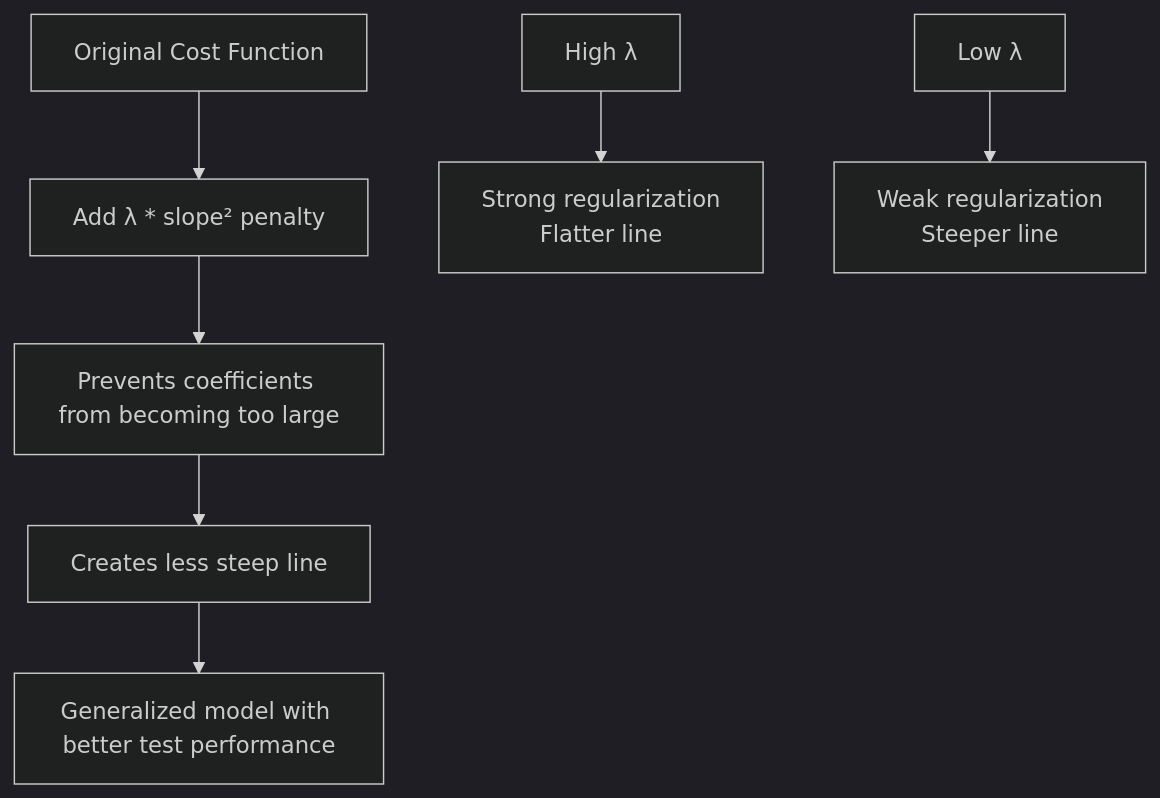
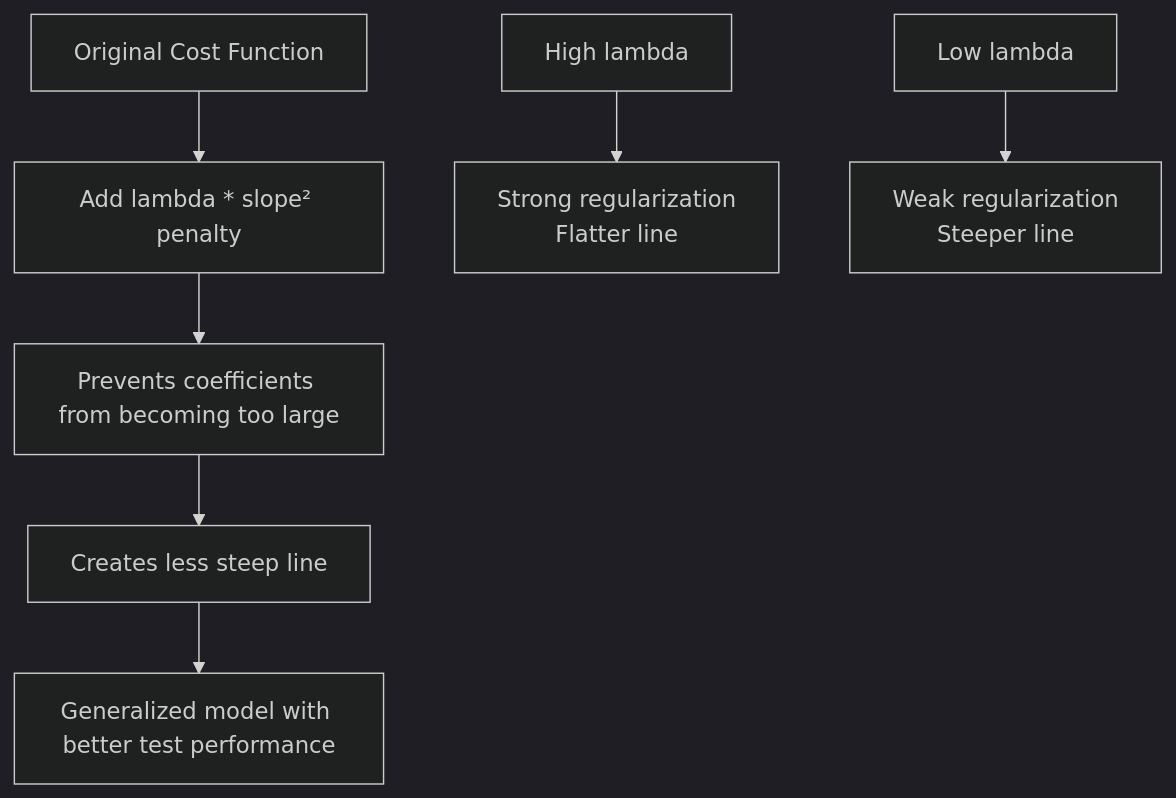
Before and after one commit to nishant-iith/Learning-AI-ML: the second of 4 diagrams in ML Revision/04-Ridge-and-Lasso-Regression.md, drawn with Mermaid (dark theme). The commit also changed other lines of this file and 23 other files, not shown here.

First line of the commit message:
Fix Mermaid diagrams with proper node text quoting

````diff
--- a/ML Revision/04-Ridge-and-Lasso-Regression.md
+++ b/ML Revision/04-Ridge-and-Lasso-Regression.md
@@ -51,10 +51,10 @@
 ```mermaid
-graph TD
-    A[Original Cost Function] --> B[Add λ * slope² penalty]
-    B --> C[Prevents coefficients from becoming too large]
-    C --> D[Creates less steep line]
-    D --> E[Generalized model with better test performance]
+flowchart TD
+    A["Original Cost Function"] --> B["Add lambda * slope² penalty"]
+    B --> C["Prevents coefficients from becoming too large"]
+    C --> D["Creates less steep line"]
+    D --> E["Generalized model with better test performance"]
 
-    F[High λ] --> G[Strong regularization<br/>Flatter line]
-    H[Low λ] --> I[Weak regularization<br/>Steeper line]
+    F["High lambda"] --> G["Strong regularization<br/>Flatter line"]
+    H["Low lambda"] --> I["Weak regularization<br/>Steeper line"]
 ```
````
